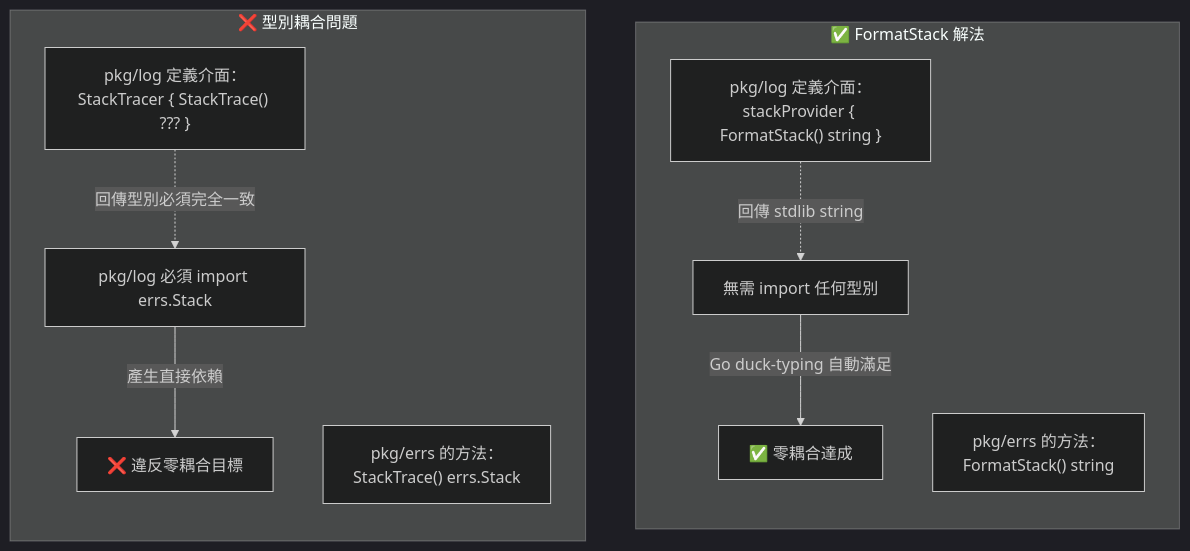
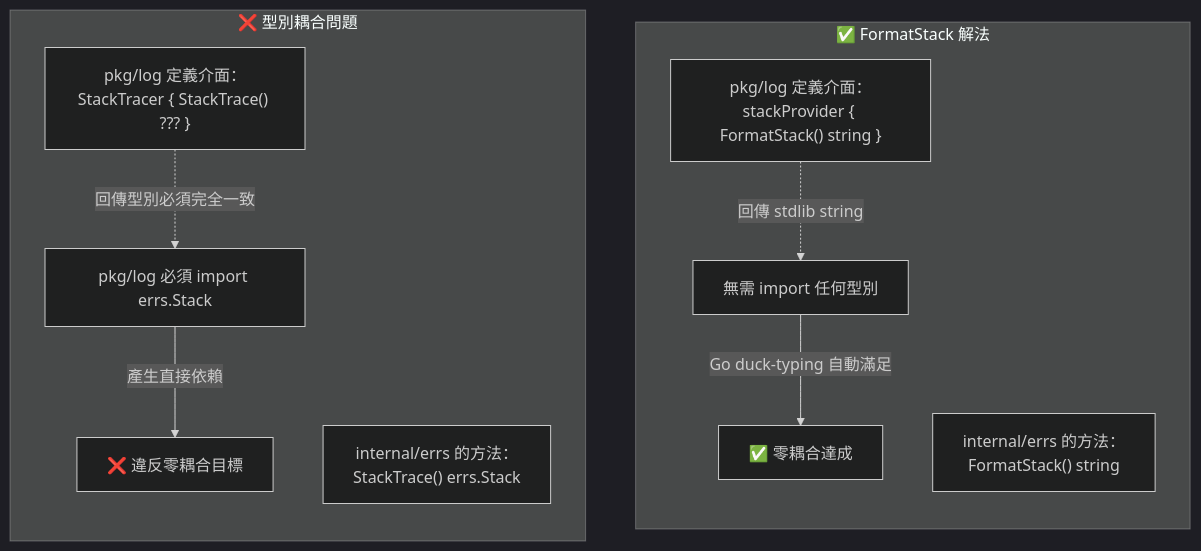
One commit to Aery9527/golang-example changed the sixth of 9 diagrams in docs/errs.md. Above: the diagram before and after it, drawn with Mermaid (dark theme). The commit also changed other lines of this file and 8 other files, not shown here.

First line of the commit message:
refactor: move pkg/errs to internal/errs

````diff
--- a/docs/errs.md
+++ b/docs/errs.md
@@ -212,20 +212,20 @@
 ```mermaid
 flowchart LR
     subgraph problem["❌ 型別耦合問題"]
         direction TB
         Log1["pkg/log 定義介面：\nStackTracer { StackTrace() ??? }"]
-        Errs1["pkg/errs 的方法：\nStackTrace() errs.Stack"]
+        Errs1["internal/errs 的方法：\nStackTrace() errs.Stack"]
         Log1 -.->|"回傳型別必須完全一致"| Import["pkg/log 必須 import errs.Stack"]
         Import -->|"產生直接依賴"| Coupled["❌ 違反零耦合目標"]
     end
 
     subgraph solution["✅ FormatStack 解法"]
         direction TB
         Log2["pkg/log 定義介面：\nstackProvider { FormatStack() string }"]
-        Errs2["pkg/errs 的方法：\nFormatStack() string"]
+        Errs2["internal/errs 的方法：\nFormatStack() string"]
         Log2 -.->|"回傳 stdlib string"| NoImport["無需 import 任何型別"]
         NoImport -->|"Go duck-typing 自動滿足"| Decoupled["✅ 零耦合達成"]
     end
 
     problem ~~~ solution
 ```
````
